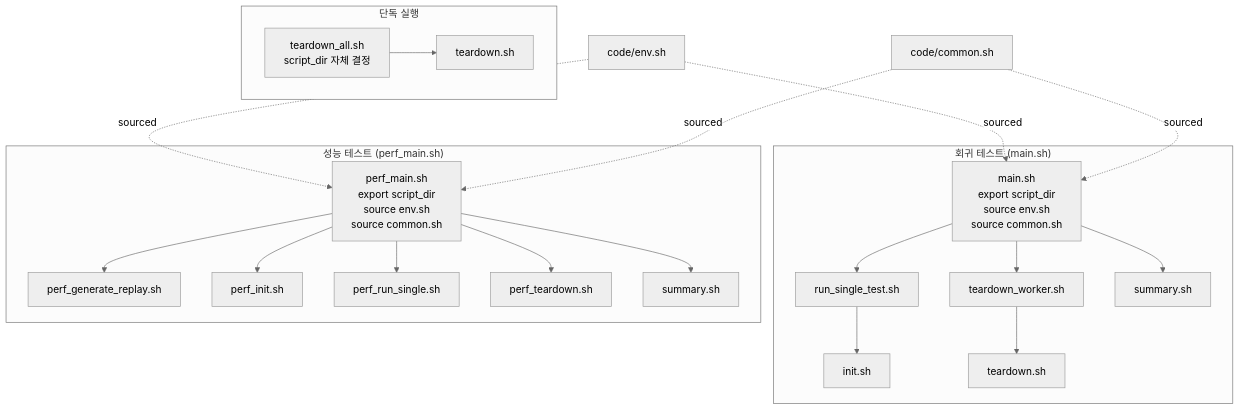
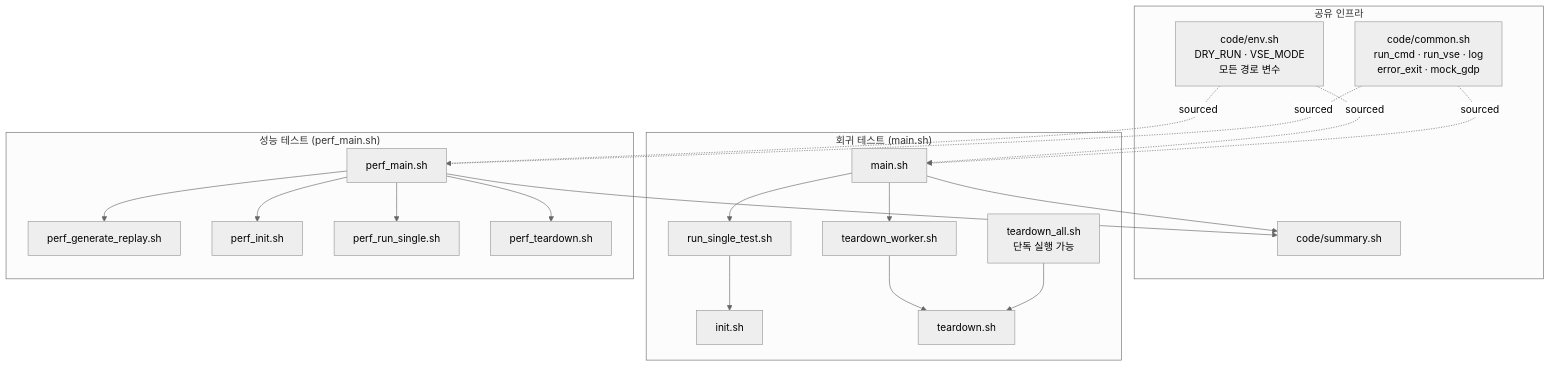
Before and after one commit to hyungreal2/regression_test_framework: the diagram in IMPROVEMENTS_KR.md, drawn with Mermaid (neutral theme). The commit also changed other lines of this file and 5 other files, not shown here.

First line of the commit message:
Split IMPROVEMENTS into main/perf separate docs + combined summary

````diff
--- a/IMPROVEMENTS_KR.md
+++ b/IMPROVEMENTS_KR.md
@@ -56,30 +35,41 @@
 ```mermaid
 graph TD
-    subgraph Regression ["회귀 테스트  (main.sh)"]
-        MS[main.sh<br/>export script_dir<br/>source env.sh<br/>source common.sh]
-        MS --> RST[run_single_test.sh]
-        MS --> TW[teardown_worker.sh]
-        MS --> SUM1[summary.sh]
-        RST --> INIT[init.sh]
-        TW --> TD[teardown.sh]
+    subgraph shared ["공유 인프라"]
+        ENV[code/env.sh<br/>DRY_RUN · VSE_MODE<br/>모든 경로 변수]
+        CMN[code/common.sh<br/>run_cmd · run_vse · log<br/>error_exit · mock_gdp]
+        SUM[code/summary.sh]
     end
 
-    subgraph Perf ["성능 테스트  (perf_main.sh)"]
-        PM[perf_main.sh<br/>export script_dir<br/>source env.sh<br/>source common.sh]
-        PM --> PGR[perf_generate_replay.sh]
-        PM --> PI[perf_init.sh]
-        PM --> PRS[perf_run_single.sh]
-        PM --> PT[perf_teardown.sh]
-        PM --> SUM2[summary.sh]
+    subgraph regression ["회귀 테스트  (main.sh)"]
+        MS[main.sh]
+        RST[run_single_test.sh]
+        INIT[init.sh]
+        TW[teardown_worker.sh]
+        TD[teardown.sh]
+        TA[teardown_all.sh\n단독 실행 가능]
+
+        MS --> RST --> INIT
+        MS --> TW --> TD
+        MS --> SUM
+        TA --> TD
     end
 
-    subgraph Standalone ["단독 실행"]
-        TA[teardown_all.sh<br/>script_dir 자체 결정]
-        TA --> TD2[teardown.sh]
+    subgraph perf ["성능 테스트  (perf_main.sh)"]
+        PM[perf_main.sh]
+        PGR[perf_generate_replay.sh]
+        PI[perf_init.sh]
+        PRS[perf_run_single.sh]
+        PT[perf_teardown.sh]
+
+        PM --> PGR
+        PM --> PI
+        PM --> PRS
+        PM --> PT
+        PM --> SUM
     end
 
-    ENV[code/env.sh] -.->|sourced| MS
+    ENV -.->|sourced| MS
     ENV -.->|sourced| PM
-    CMN[code/common.sh] -.->|sourced| MS
+    CMN -.->|sourced| MS
     CMN -.->|sourced| PM
 ```
````
